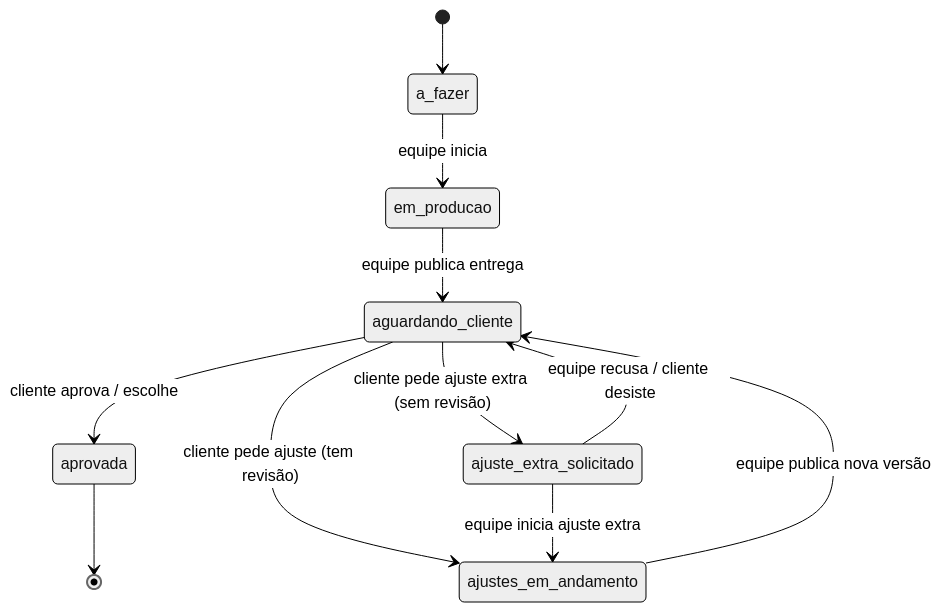
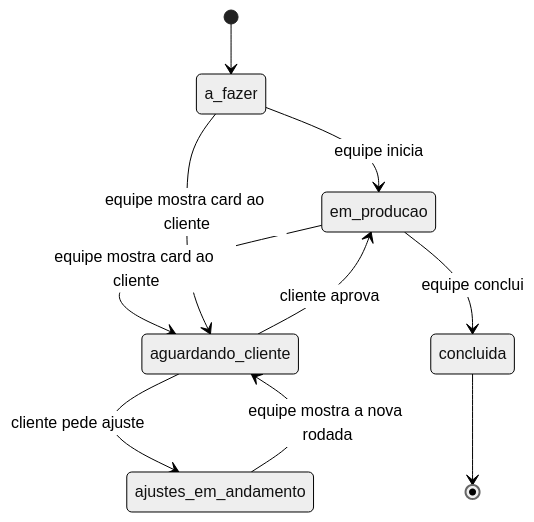
Before and after one commit to dobra9mkt/ponte: the first of 2 diagrams in docs/02-fluxos.md, drawn with Mermaid (neutral theme). The commit also changed other lines of this file and 178 other files, not shown here.

First line of the commit message:
Fase 2: área da equipe e linha do tempo do cliente

````diff
--- a/docs/02-fluxos.md
+++ b/docs/02-fluxos.md
@@ -21,13 +18,12 @@
 ```mermaid
 stateDiagram-v2
     [*] --> a_fazer
     a_fazer --> em_producao: equipe inicia
-    em_producao --> aguardando_cliente: equipe publica entrega
-    aguardando_cliente --> aprovada: cliente aprova / escolhe
-    aguardando_cliente --> ajustes_em_andamento: cliente pede ajuste (tem revisão)
-    aguardando_cliente --> ajuste_extra_solicitado: cliente pede ajuste extra (sem revisão)
-    ajuste_extra_solicitado --> ajustes_em_andamento: equipe inicia ajuste extra
-    ajuste_extra_solicitado --> aguardando_cliente: equipe recusa / cliente desiste
-    ajustes_em_andamento --> aguardando_cliente: equipe publica nova versão
-    aprovada --> [*]
+    em_producao --> aguardando_cliente: equipe mostra card ao cliente
+    a_fazer --> aguardando_cliente: equipe mostra card ao cliente
+    aguardando_cliente --> em_producao: cliente aprova
+    aguardando_cliente --> ajustes_em_andamento: cliente pede ajuste
+    ajustes_em_andamento --> aguardando_cliente: equipe mostra a nova rodada
+    em_producao --> concluida: equipe conclui
+    concluida --> [*]
 ```
````
